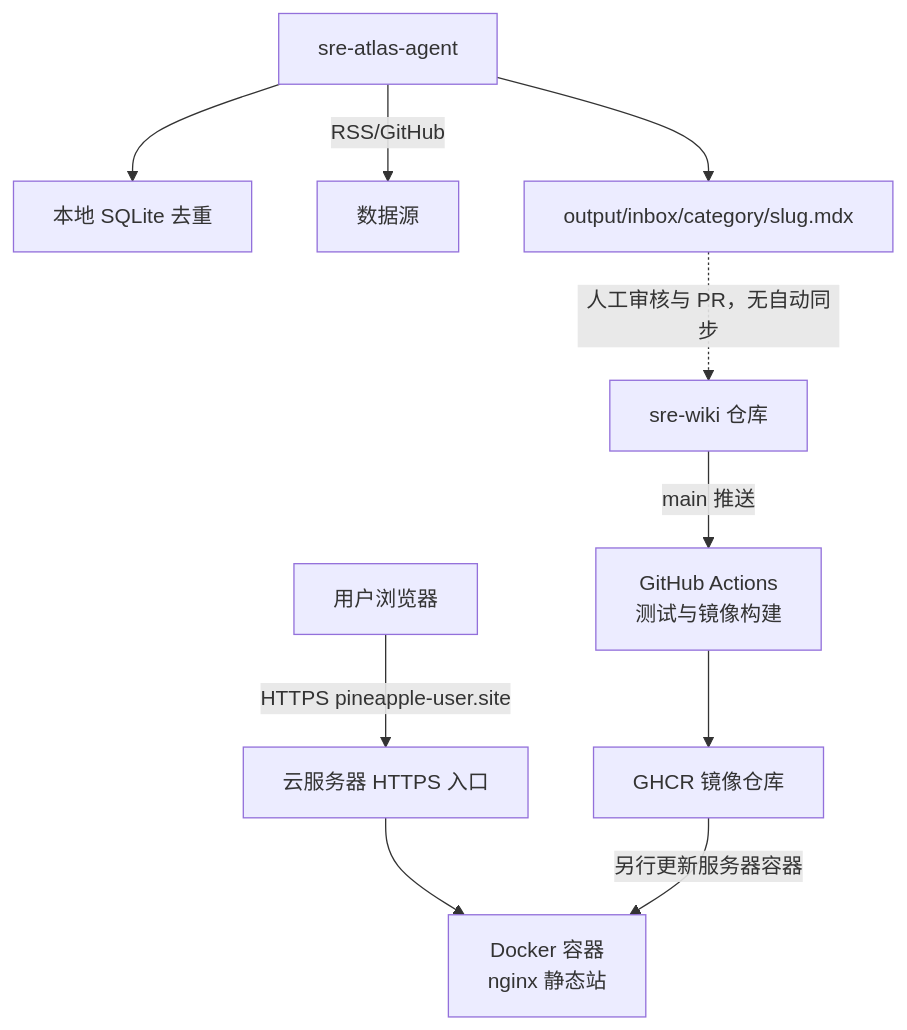
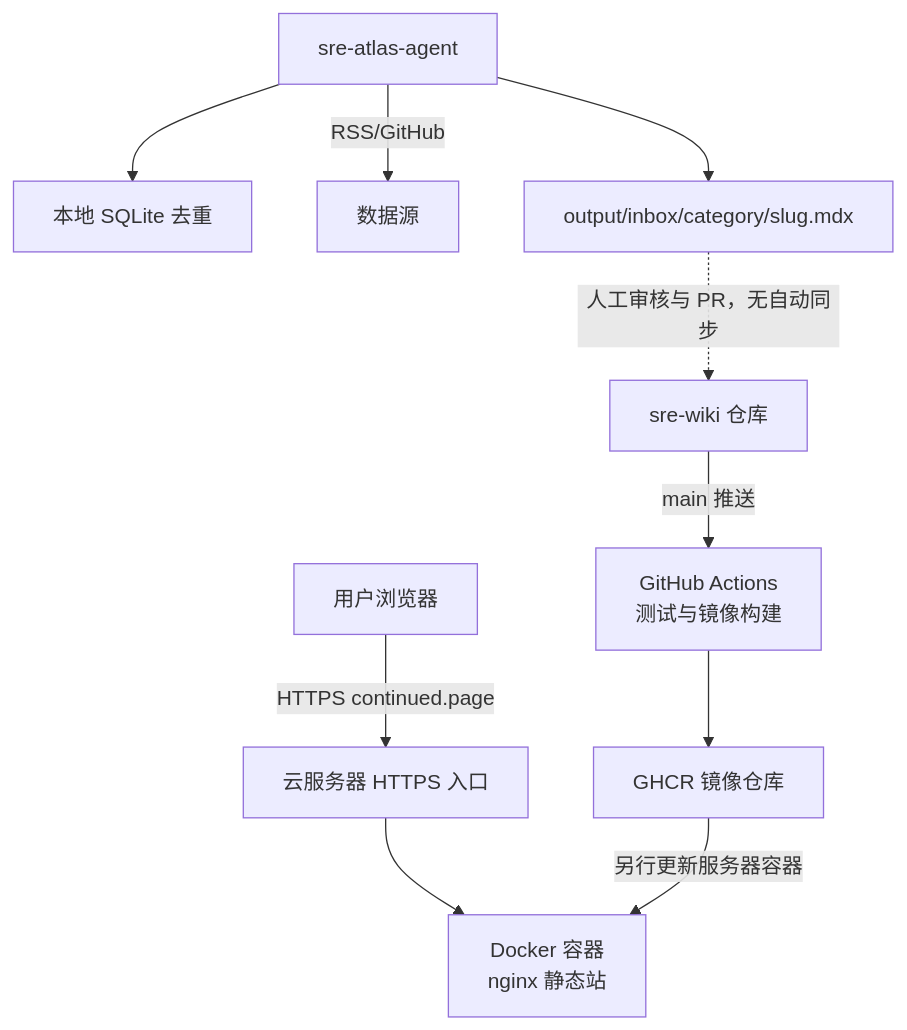
The diagram in PROJECT.md (lin327/sre-wiki), drawn with Mermaid before and after one commit. The commit also changed other lines of this file and 30 other files, not shown here.

First line of the commit message:
Rebrand the public site from SRE Atlas to Continued.

````diff
--- a/PROJECT.md
+++ b/PROJECT.md
@@ -16,12 +16,12 @@
 ```mermaid
 graph TB
-    User[用户浏览器] -->|HTTPS pineapple-user.site| Server[云服务器 HTTPS 入口]
+    User[用户浏览器] -->|HTTPS continued.page| Server[云服务器 HTTPS 入口]
     Server --> Wiki[Docker 容器<br/>nginx 静态站]
     Repo[sre-wiki 仓库] -->|main 推送| GH[GitHub Actions<br/>测试与镜像构建]
     GH --> GHCR[GHCR 镜像仓库]
     GHCR -->|另行更新服务器容器| Wiki
     Agent[sre-atlas-agent] --> SQLite[本地 SQLite 去重]
     Agent -->|RSS/GitHub| Sources[数据源]
     Agent --> Output[output/inbox/category/slug.mdx]
     Output -.->|人工审核与 PR，无自动同步| Repo
 ```
````
